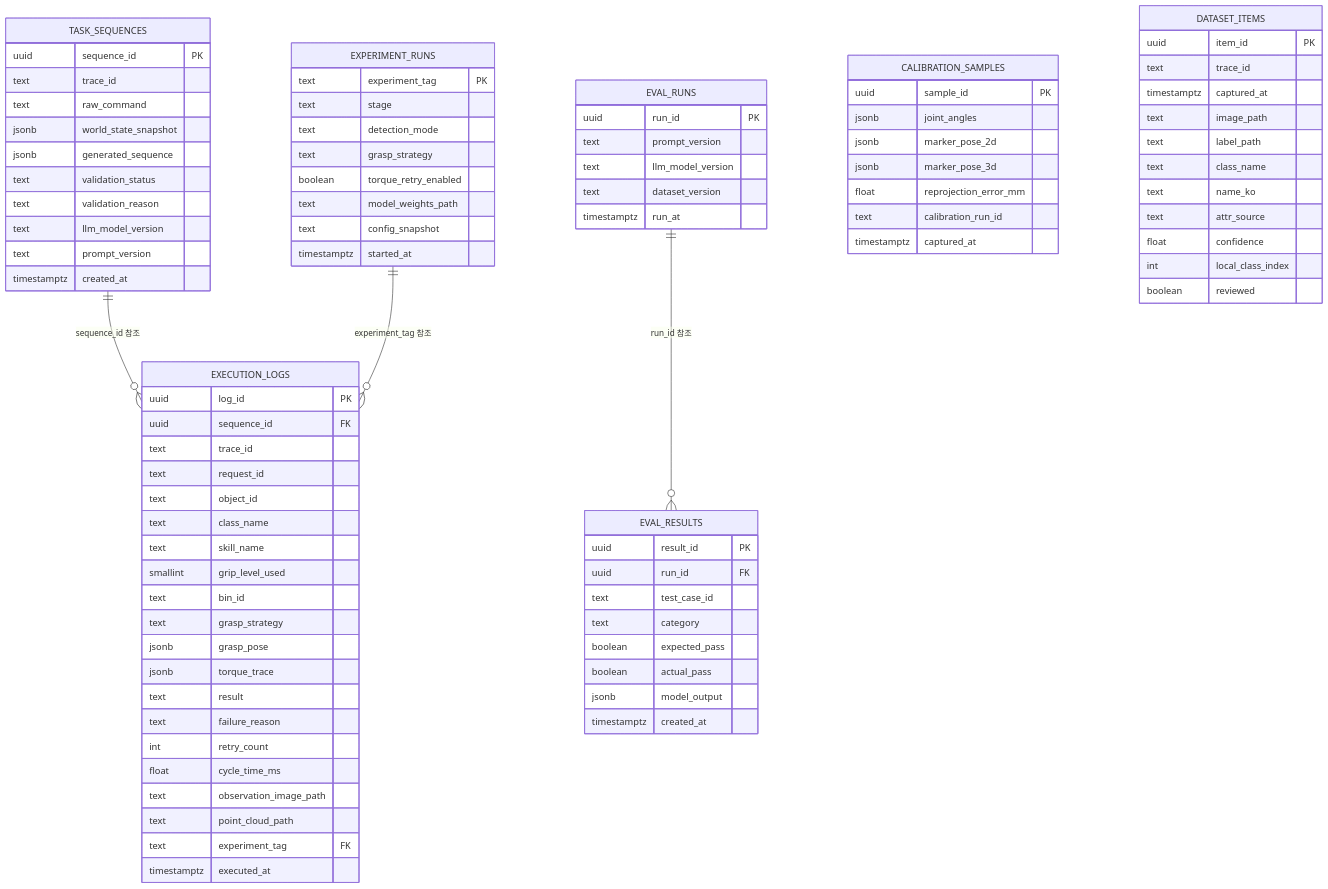
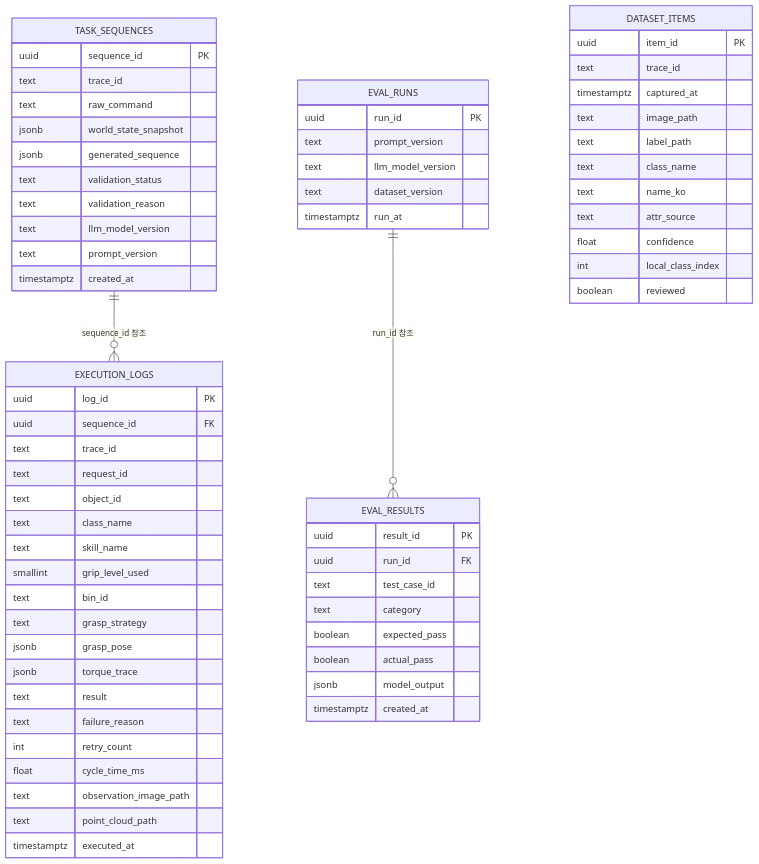
Before and after one commit to Haeyuni/PiecePickingSystem: the diagram in docs/시스템명세서.md, drawn with Mermaid. The commit also changed other lines of this file and 1 other file, not shown here.

Commit message:
필요없는 테이블 제거

```diff
--- a/docs/시스템명세서.md
+++ b/docs/시스템명세서.md
@@ -64,7 +64,6 @@
 erDiagram
     TASK_SEQUENCES ||--o{ EXECUTION_LOGS : "sequence_id 참조"
     EVAL_RUNS ||--o{ EVAL_RESULTS : "run_id 참조"
-    EXPERIMENT_RUNS ||--o{ EXECUTION_LOGS : "experiment_tag 참조"
 
     TASK_SEQUENCES {
         uuid sequence_id PK
@@ -98,29 +97,7 @@
         float cycle_time_ms
         text observation_image_path
         text point_cloud_path
-        text experiment_tag FK
         timestamptz executed_at
-    }
-
-    CALIBRATION_SAMPLES {
-        uuid sample_id PK
-        jsonb joint_angles
-        jsonb marker_pose_2d
-        jsonb marker_pose_3d
-        float reprojection_error_mm
-        text calibration_run_id
-        timestamptz captured_at
-    }
-
-    EXPERIMENT_RUNS {
-        text experiment_tag PK
-        text stage
-        text detection_mode
-        text grasp_strategy
-        boolean torque_retry_enabled
-        text model_weights_path
-        text config_snapshot
-        timestamptz started_at
     }
 
     EVAL_RUNS {
```
